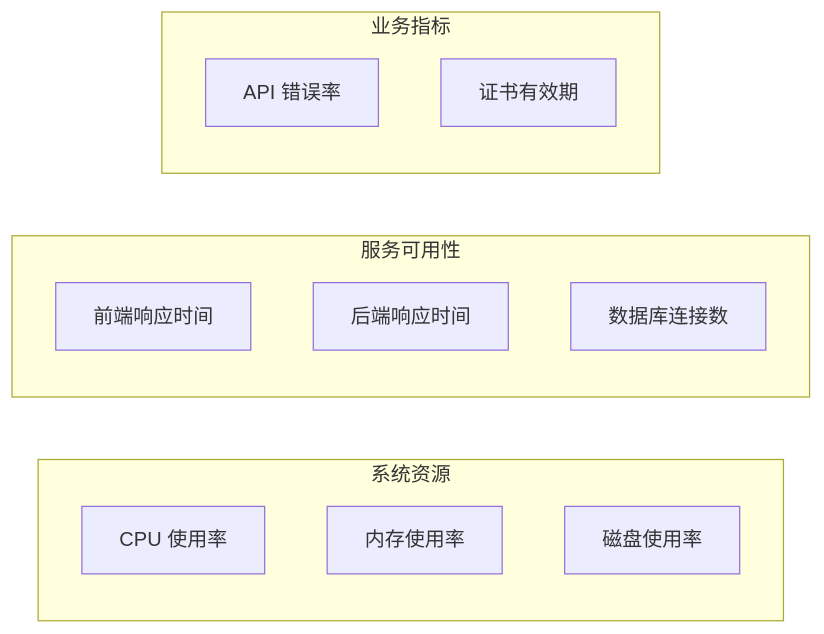
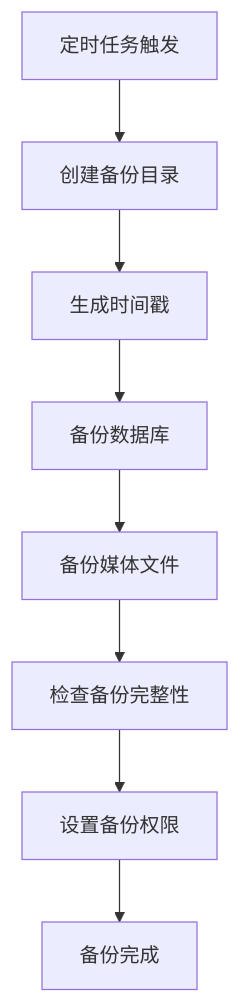
The fourth of 7 diagrams in .qoder/repowiki/zh/content/部署和运维/监控运维/监控运维.md (Will0253/zczk), drawn with Mermaid before and after one commit. The commit also changed other lines of this file and 13 other files, not shown here.

````diff
--- a/.qoder/repowiki/zh/content/部署和运维/监控运维/监控运维.md
+++ b/.qoder/repowiki/zh/content/部署和运维/监控运维/监控运维.md
@@ -176,17 +294,10 @@
 ```mermaid
-graph LR
-subgraph "系统资源"
-CPU["CPU 使用率"]
-MEM["内存使用率"]
-DISK["磁盘使用率"]
-end
-subgraph "服务可用性"
-FE_RT["前端响应时间"]
-BE_RT["后端响应时间"]
-DB_CONN["数据库连接数"]
-end
-subgraph "业务指标"
-API_ERR["API 错误率"]
-CERT_EXP["证书有效期"]
-end
+flowchart TD
+A["定时任务触发"] --> B["创建备份目录"]
+B --> C["生成时间戳"]
+C --> D["备份数据库"]
+D --> E["备份媒体文件"]
+E --> F["检查备份完整性"]
+F --> G["设置备份权限"]
+G --> H["备份完成"]
 ```
````
